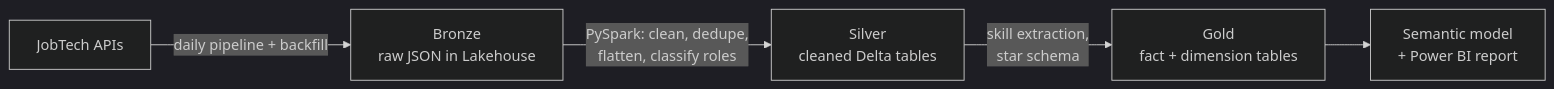
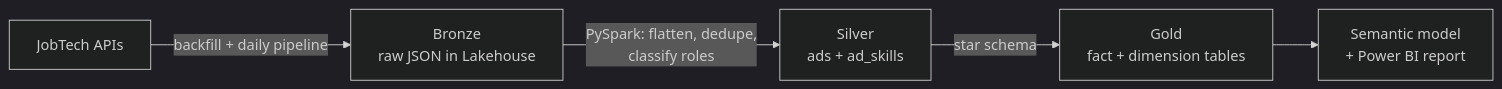
Before and after one commit to nilsafpetersens/platsbanken-data-jobs: the diagram in README.md, drawn with Mermaid (dark theme). The commit also changed other lines of this file, not shown here.

````diff
--- a/README.md
+++ b/README.md
@@ -27,7 +55,7 @@
 ```mermaid
 flowchart LR
-    A[JobTech APIs] -->|daily pipeline + backfill| B[Bronze<br/>raw JSON in Lakehouse]
-    B -->|PySpark: clean, dedupe,<br/>flatten, classify roles| C[Silver<br/>cleaned Delta tables]
-    C -->|skill extraction,<br/>star schema| D[Gold<br/>fact + dimension tables]
+    A[JobTech APIs] -->|backfill + daily pipeline| B[Bronze<br/>raw JSON in Lakehouse]
+    B -->|PySpark: flatten, dedupe,<br/>classify roles| C[Silver<br/>ads + ad_skills]
+    C -->|star schema| D[Gold<br/>fact + dimension tables]
     D --> E[Semantic model<br/>+ Power BI report]
 ```
````
